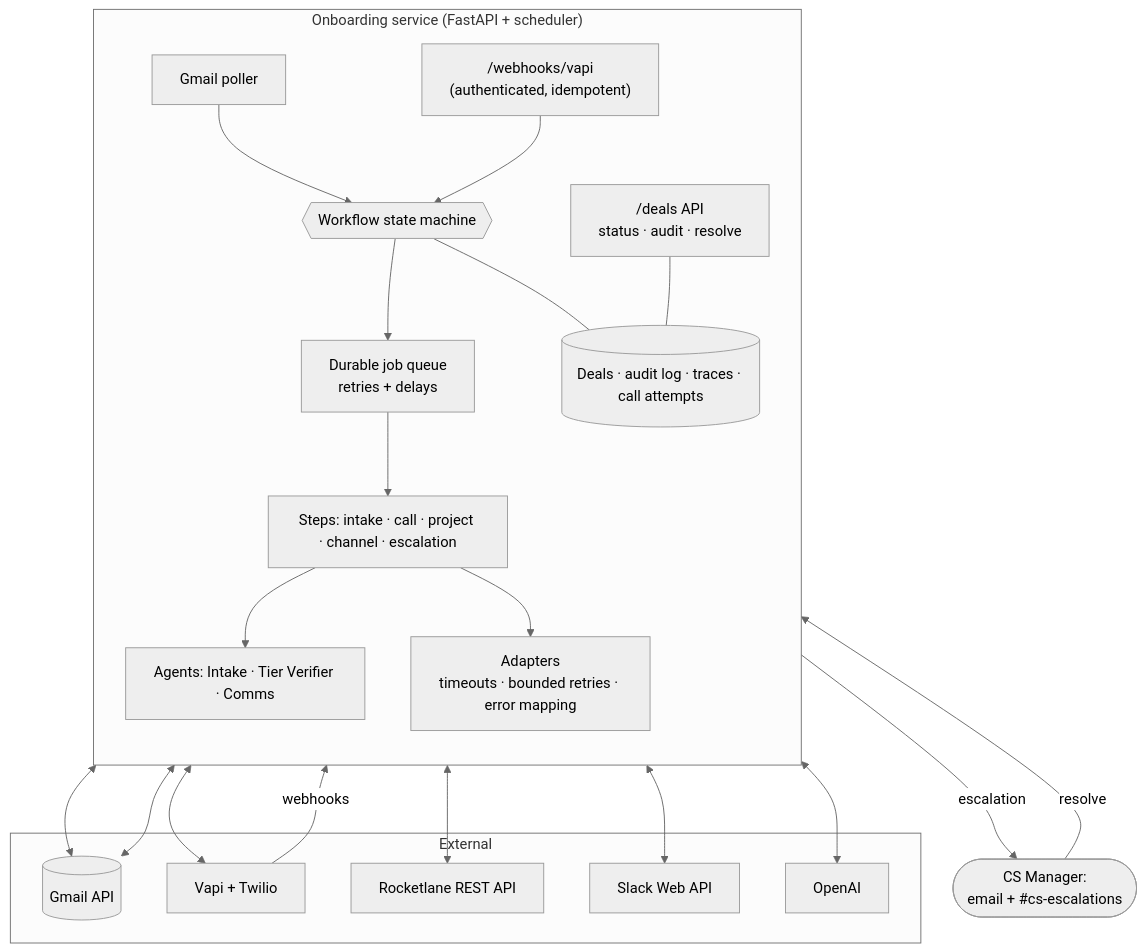
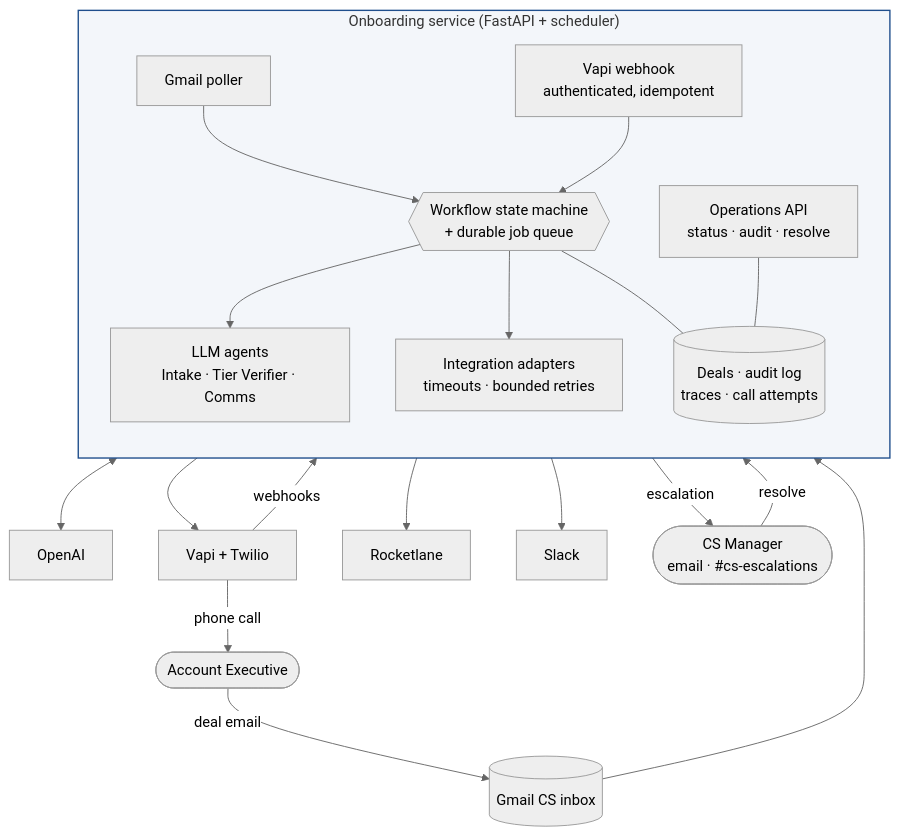
One commit to mks2122/rocketlane-fde changed the third of 4 diagrams in docs/requirements.md. Above: the diagram before and after it, drawn with Mermaid (neutral theme). The commit also changed other lines of this file and 1 other file, not shown here.

````diff
--- a/docs/requirements.md
+++ b/docs/requirements.md
@@ -127,29 +151,26 @@
 ```mermaid
 flowchart TB
-    subgraph External
-        GM[(Gmail API)]
-        VP[Vapi + Twilio]
-        RL[Rocketlane REST API]
-        SL[Slack Web API]
-        OA[OpenAI]
+    AE([Account Executive]) -- deal email --> GM[(Gmail CS inbox)]
+
+    subgraph SVC["Onboarding service (FastAPI + scheduler)"]
+        direction TB
+        POLL[Gmail poller] --> SM{{"Workflow state machine<br/>+ durable job queue"}}
+        WH["Vapi webhook<br/>authenticated, idempotent"] --> SM
+        SM --> AG["LLM agents<br/>Intake · Tier Verifier · Comms"]
+        SM --> AD["Integration adapters<br/>timeouts · bounded retries"]
+        SM --- DB[("Deals · audit log<br/>traces · call attempts")]
+        OPS["Operations API<br/>status · audit · resolve"] --- DB
     end
 
-    subgraph App["Onboarding service (FastAPI + scheduler)"]
-        direction TB
-        POLL[Gmail poller] --> SM{{Workflow state machine}}
-        WH["/webhooks/vapi<br/>(authenticated, idempotent)"] --> SM
-        SM --> JOBS[Durable job queue<br/>retries + delays]
-        JOBS --> STEPS[Steps: intake · call · project · channel · escalation]
-        STEPS --> AG[Agents: Intake · Tier Verifier · Comms]
-        STEPS --> AD[Adapters<br/>timeouts · bounded retries · error mapping]
-        SM --- DB[(Deals · audit log · traces · call attempts)]
-        API["/deals API<br/>status · audit · resolve"] --- DB
-    end
+    GM --> POLL
+    AG <--> OA[OpenAI]
+    AD --> VP[Vapi + Twilio]
+    AD --> RL[Rocketlane]
+    AD --> SL[Slack]
+    VP -- phone call --> AE
+    VP -- webhooks --> WH
+    SM -- escalation --> CSM([CS Manager<br/>email · #cs-escalations])
+    CSM -- resolve --> OPS
 
-    GM <--> POLL
-    AD <--> GM & VP & RL & SL
-    AG <--> OA
-    VP -- webhooks --> WH
-    STEPS -- escalation --> HUM([CS Manager:<br/>email + #cs-escalations])
-    HUM -- resolve --> API
+    style SVC fill:#f3f6fa,stroke:#1f4e8c,stroke-width:1.5px
 ```
````
